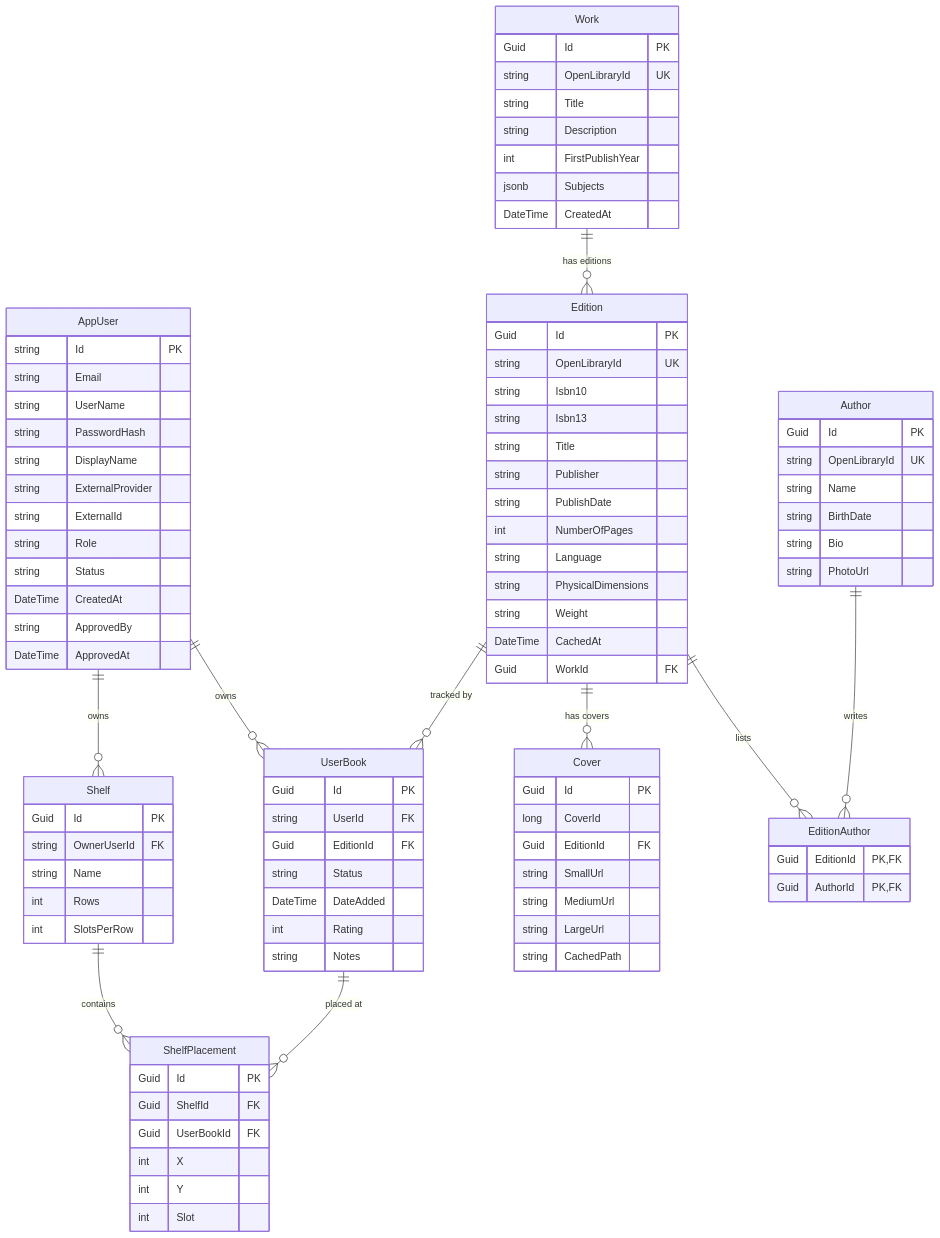
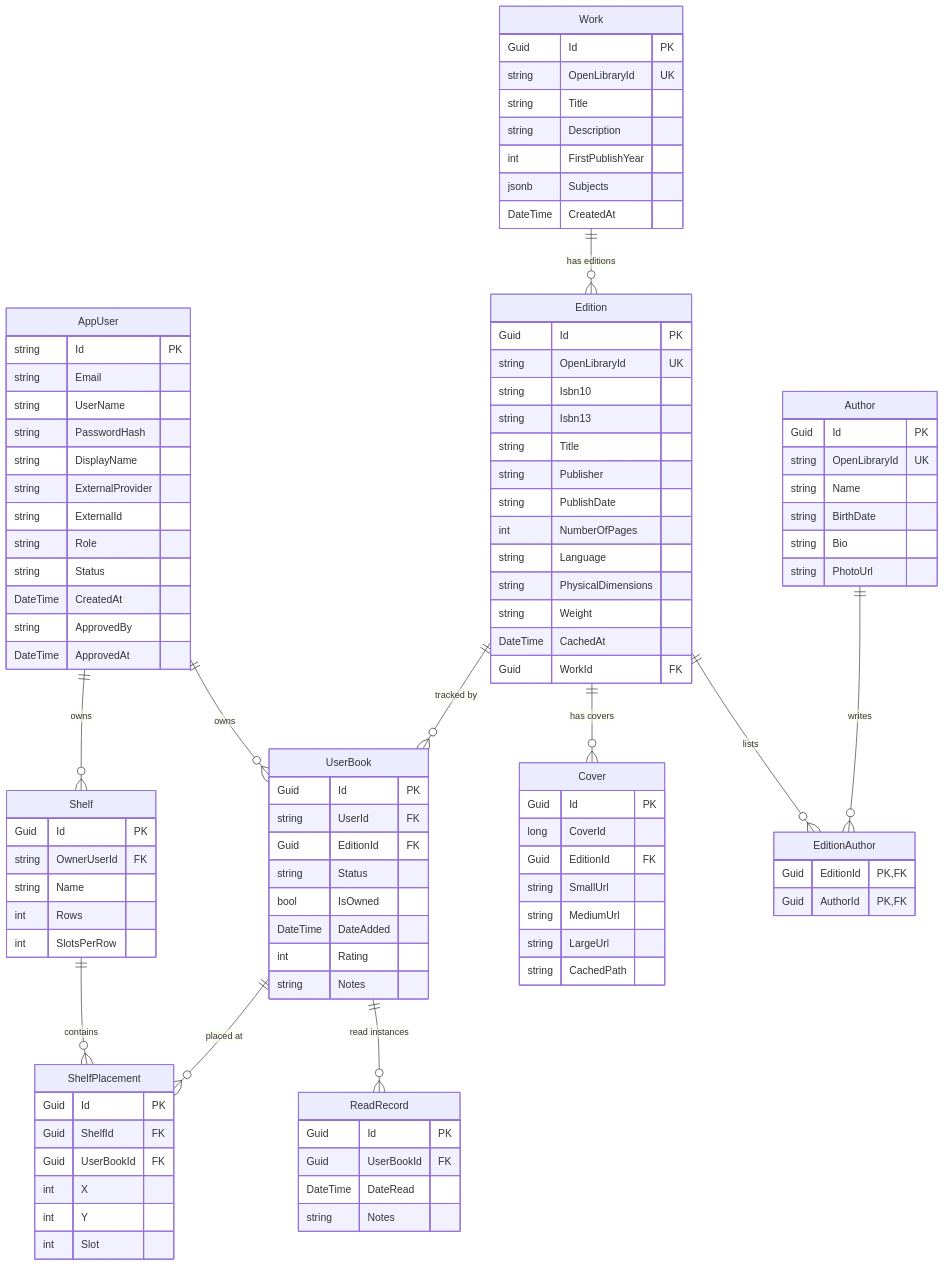
Before and after one commit to tobese/MyVirtualLibrary: the diagram in docs/er-diagram.md, drawn with Mermaid. The commit also changed other lines of this file and 41 other files, not shown here.

````diff
--- a/docs/er-diagram.md
+++ b/docs/er-diagram.md
@@ -5,14 +5,15 @@
 ```mermaid
 erDiagram
-    AppUser ||--o{ UserBook       : owns
-    AppUser ||--o{ Shelf          : owns
-    Work    ||--o{ Edition        : "has editions"
-    Edition ||--o{ UserBook       : "tracked by"
-    Edition ||--o{ Cover          : "has covers"
-    Edition ||--o{ EditionAuthor  : "lists"
-    Author  ||--o{ EditionAuthor  : "writes"
-    Shelf   ||--o{ ShelfPlacement : "contains"
+    AppUser  ||--o{ UserBook       : owns
+    AppUser  ||--o{ Shelf          : owns
+    Work     ||--o{ Edition        : "has editions"
+    Edition  ||--o{ UserBook       : "tracked by"
+    Edition  ||--o{ Cover          : "has covers"
+    Edition  ||--o{ EditionAuthor  : "lists"
+    Author   ||--o{ EditionAuthor  : "writes"
+    Shelf    ||--o{ ShelfPlacement : "contains"
     UserBook ||--o{ ShelfPlacement : "placed at"
+    UserBook ||--o{ ReadRecord     : "read instances"
 
     AppUser {
         string   Id PK
@@ -84,8 +85,16 @@
         string   UserId FK
         Guid     EditionId FK
         string   Status
+        bool     IsOwned
         DateTime DateAdded
         int      Rating
+        string   Notes
+    }
+
+    ReadRecord {
+        Guid     Id PK
+        Guid     UserBookId FK
+        DateTime DateRead
         string   Notes
     }
 
````
